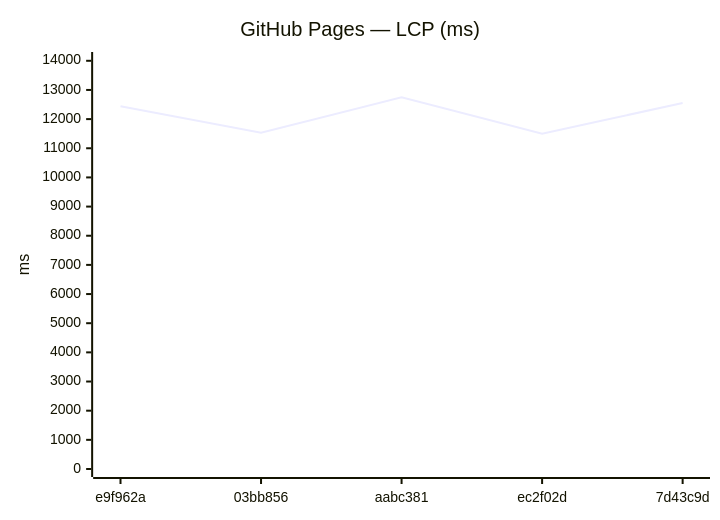
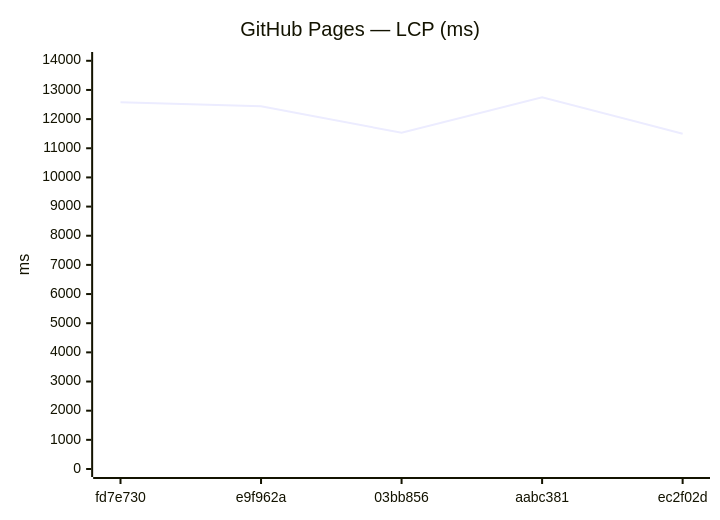
The ninth of 18 diagrams in benchmarks/compare.md (Metaheurist/Rianell), drawn with Mermaid before and after one commit. The commit also changed other lines of this file and 11 other files, not shown here.

````diff
--- a/benchmarks/compare.md
+++ b/benchmarks/compare.md
@@ -142,7 +142,7 @@
 ```mermaid
 xychart-beta
     title "GitHub Pages — LCP (ms)"
-    x-axis ["e9f962a", "03bb856", "aabc381", "ec2f02d", "7d43c9d"]
+    x-axis ["fd7e730", "e9f962a", "03bb856", "aabc381", "ec2f02d"]
     y-axis "ms" 0 --> 14027
-    line [12444, 11529, 12751, 11500, 12552]
+    line [12580, 12444, 11529, 12751, 11500]
 ```
````
